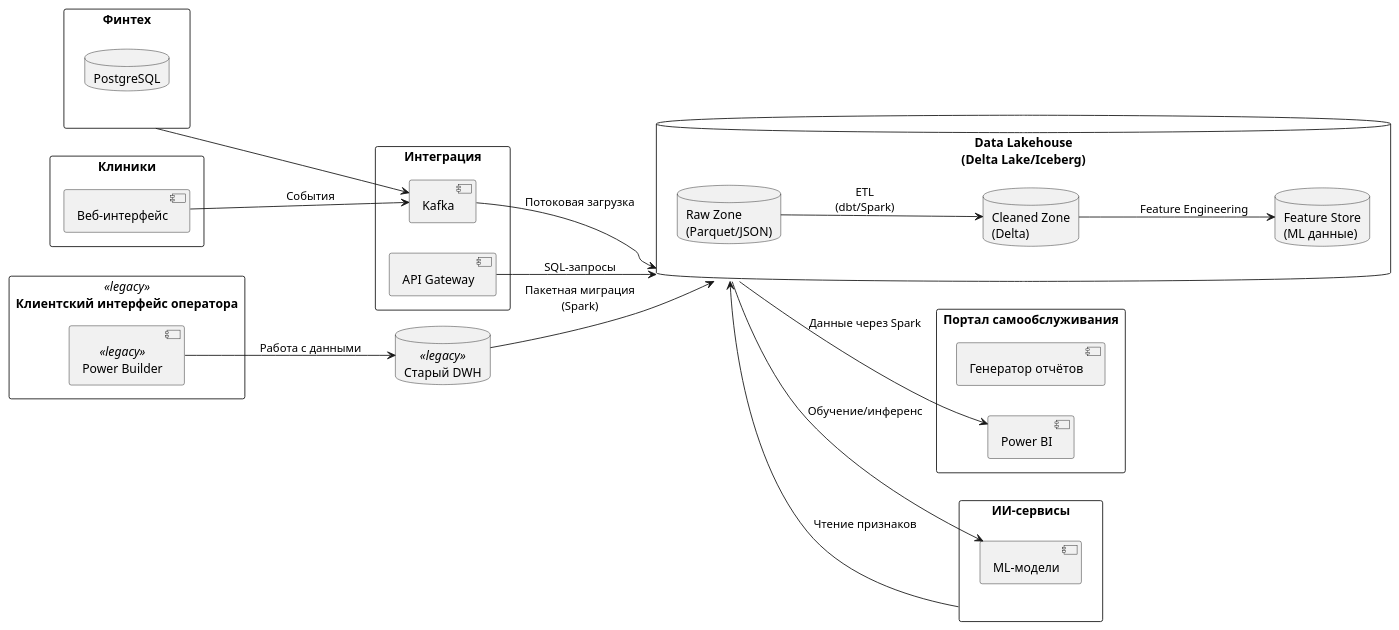
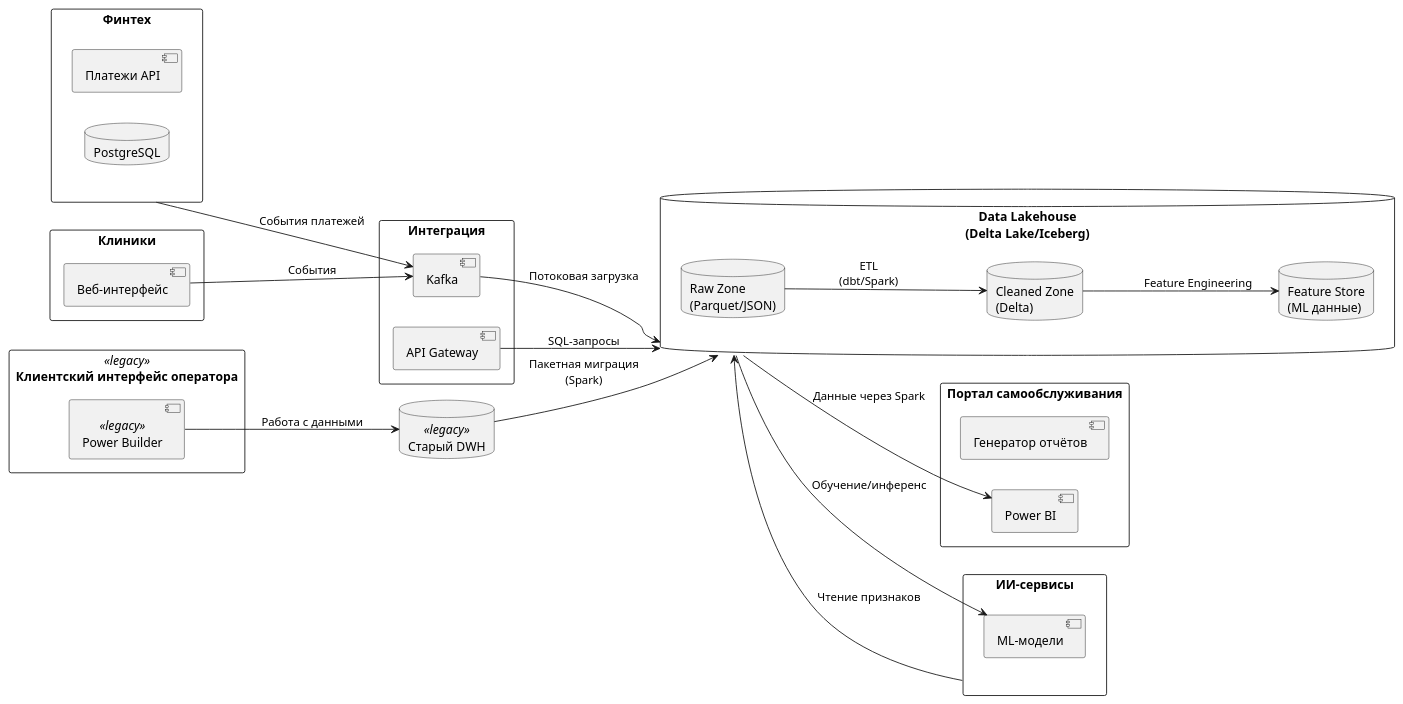
Before and after one commit to sdilman/architecture-future_2_0: the diagram in Task1/c4.puml, drawn with PlantUML. The commit also changed 6 other files, not shown here.

```diff
--- a/Task1/c4.puml
+++ b/Task1/c4.puml
@@ -1,55 +1,56 @@
 @startuml Будущее_2.0_Lakehouse_Архитектура
 
 left to right direction
 
 rectangle "Портал самообслуживания" {
   component "Генератор отчётов"
   component "Power BI"
 }
 
 database "**Data Lakehouse**\n(Delta Lake/Iceberg)" as lakehouse {
   database "Raw Zone\n(Parquet/JSON)" as raw
   database "Cleaned Zone\n(Delta)" as cleaned
   database "Feature Store\n(ML данные)" as features
 }
 
 database "Старый DWH" <<legacy>>
 
 rectangle "Финтех" {
+  component "Платежи API"
   database "PostgreSQL"
 }
 
 rectangle "ИИ-сервисы" {
   component "ML-модели"
 }
 
 rectangle "Клиники" {
   component "Веб-интерфейс"
 }
 
 rectangle "Клиентский интерфейс оператора" <<legacy>> {
   component "Power Builder" <<legacy>>
 }
 
 rectangle "Интеграция" {
   component "Kafka"
   component "API Gateway"
 }
 
 ' Потоки данных
 "Power Builder" --> "Старый DWH" : "Работа с данными"
 "Веб-интерфейс" --> "Kafka" : "События"
 "Kafka" --> lakehouse : "Потоковая загрузка"
 "Старый DWH" --> lakehouse : "Пакетная миграция\n(Spark)"
 
-"Финтех" --> "Kafka"
+"Финтех" --> "Kafka" : "События платежей"
 "ИИ-сервисы" --> lakehouse : "Чтение признаков"
 "API Gateway" --> lakehouse : "SQL-запросы"
 lakehouse --> "Power BI" : "Данные через Spark"
 lakehouse --> "ML-модели" : "Обучение/инференс"
 
 ' Внутренние связи Lakehouse
 raw --> cleaned : "ETL\n(dbt/Spark)"
 cleaned --> features : "Feature Engineering"
 
 @enduml
```
